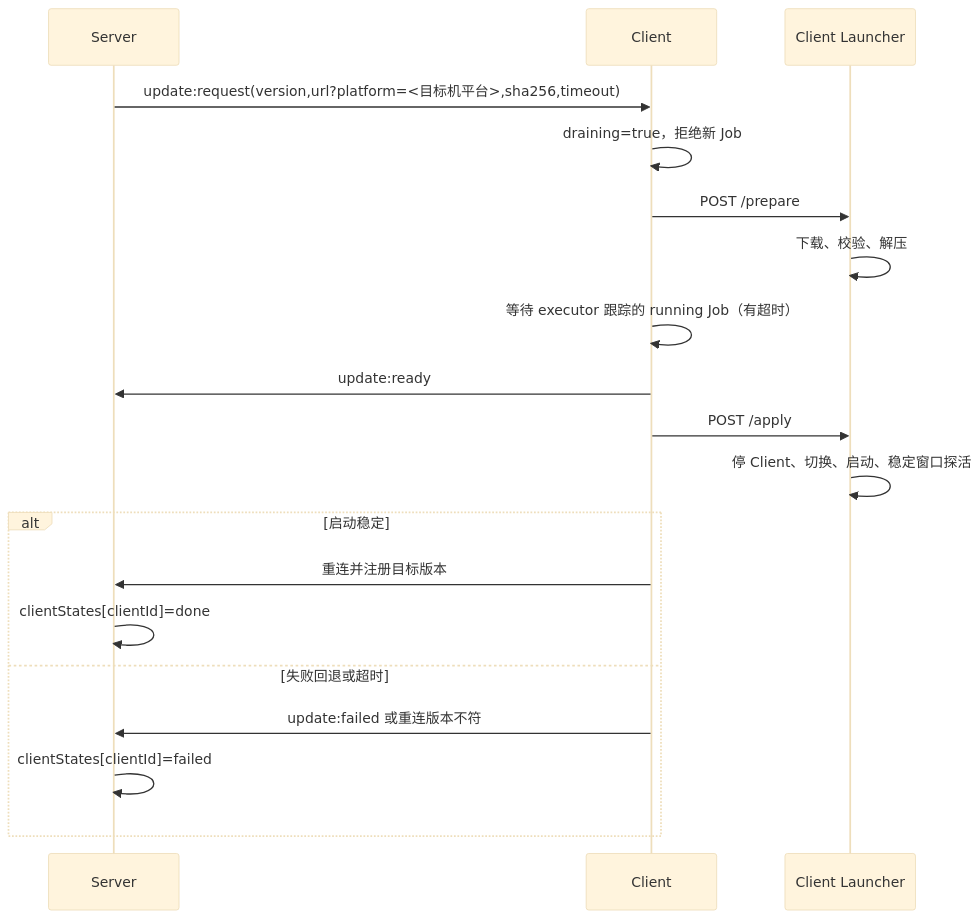
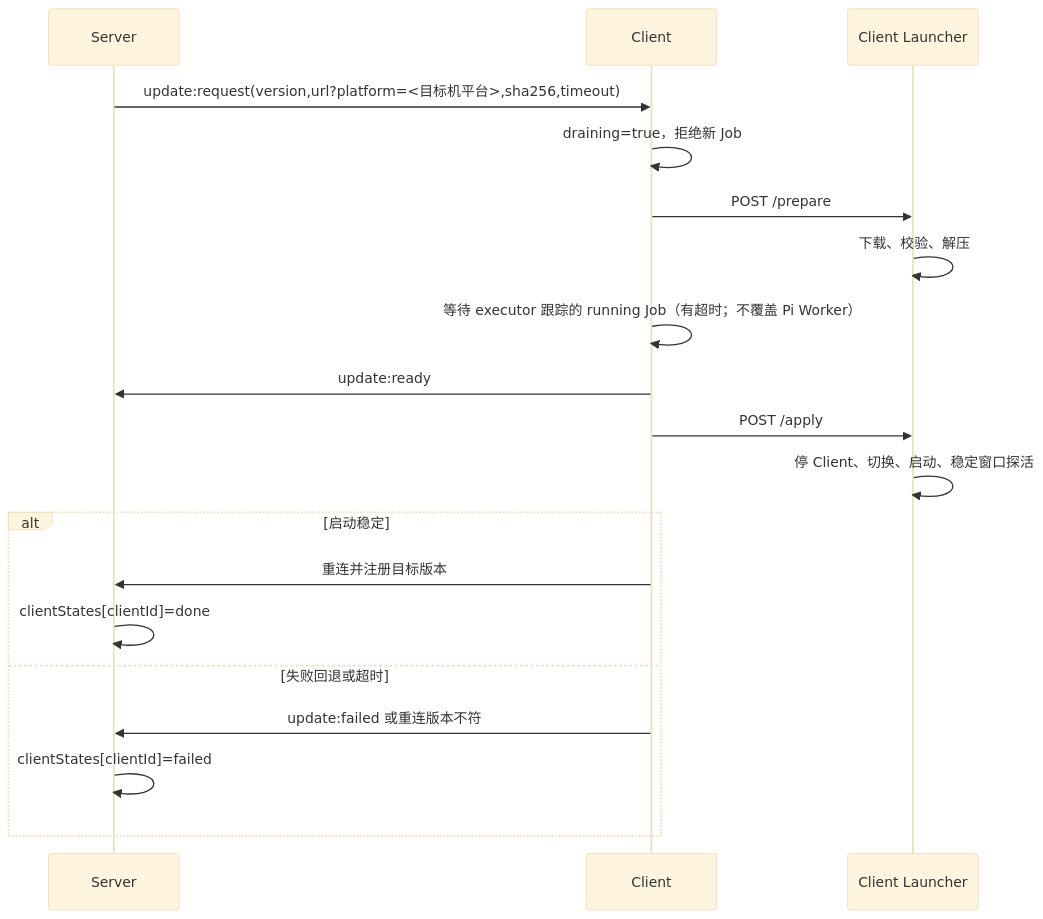
The third of 3 diagrams in docs/design/release-and-update.md (xuzhen97/VCPDeck), drawn with Mermaid (base theme) before and after one commit. The commit also changed other lines of this file and 89 other files, not shown here.

````diff
--- a/docs/design/release-and-update.md
+++ b/docs/design/release-and-update.md
@@ -227,22 +227,22 @@
 ```mermaid
 sequenceDiagram
     participant S as Server
     participant C as Client
     participant L as Client Launcher
 
     S->>C: update:request(version,url?platform=<目标机平台>,sha256,timeout)
     C->>C: draining=true，拒绝新 Job
     C->>L: POST /prepare
     L->>L: 下载、校验、解压
-    C->>C: 等待 executor 跟踪的 running Job（有超时）
+    C->>C: 等待 executor 跟踪的 running Job（有超时；不覆盖 Pi Worker）
     C->>S: update:ready
     C->>L: POST /apply
     L->>L: 停 Client、切换、启动、稳定窗口探活
     alt 启动稳定
         C->>S: 重连并注册目标版本
         S->>S: clientStates[clientId]=done
     else 失败回退或超时
         C->>S: update:failed 或重连版本不符
         S->>S: clientStates[clientId]=failed
     end
 ```
````
